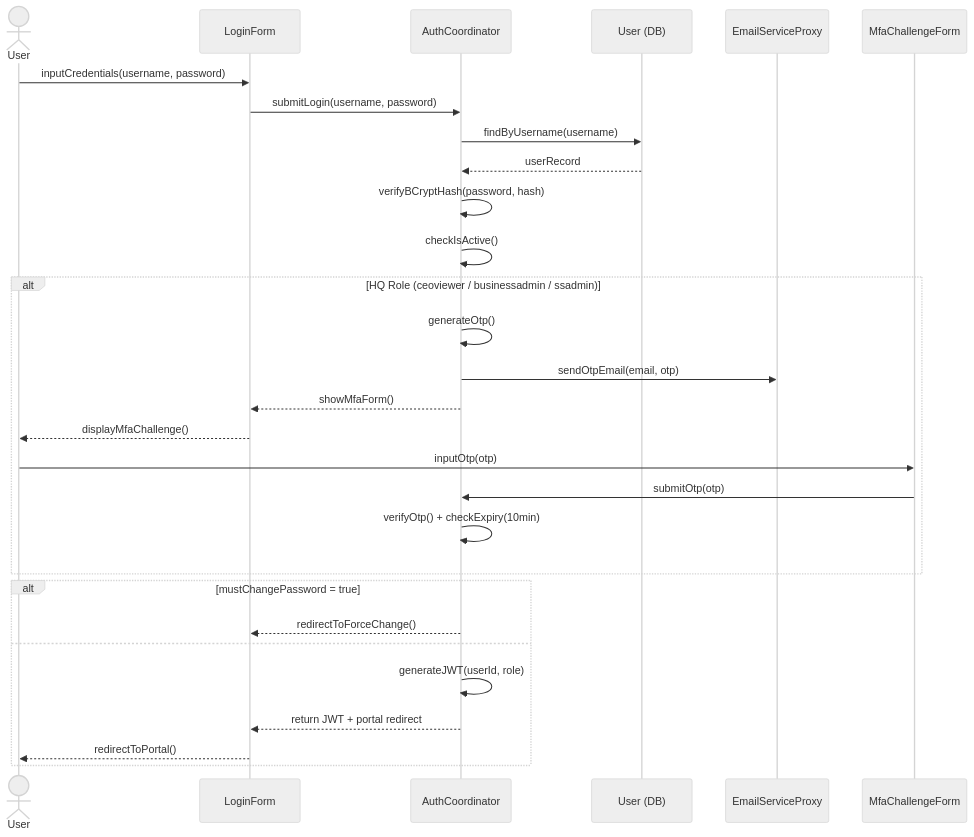
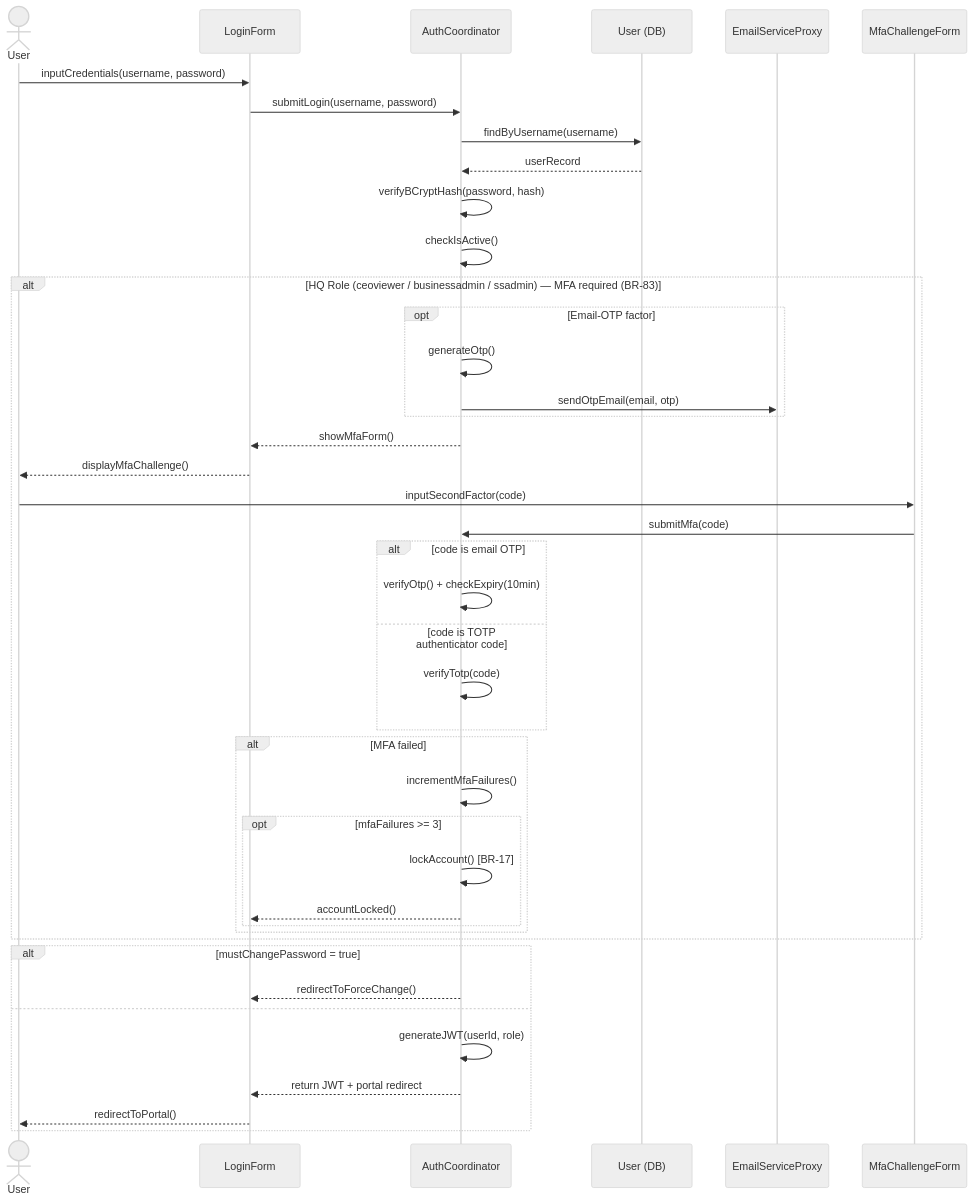
Before and after one commit to Shaichi/khoga_cafe: the second of 7 diagrams in docs/rds_sections/04_detailed_3_1_system_access_security.md, drawn with Mermaid (neutral theme). The commit also changed other lines of this file and 22 other files, not shown here.

First line of the commit message:
docs+feat: reconcile SRS<->RDS<->code, add CEOVIEWER role

````diff
--- a/docs/rds_sections/04_detailed_3_1_system_access_security.md
+++ b/docs/rds_sections/04_detailed_3_1_system_access_security.md
@@ -132,35 +133,49 @@
 ```mermaid
 sequenceDiagram
     actor User
     participant LoginForm
     participant AuthCoordinator
     participant UserDB as User (DB)
     participant EmailSvc as EmailServiceProxy
     participant MfaForm as MfaChallengeForm
 
     User->>LoginForm: inputCredentials(username, password)
     LoginForm->>AuthCoordinator: submitLogin(username, password)
     AuthCoordinator->>UserDB: findByUsername(username)
     UserDB-->>AuthCoordinator: userRecord
     AuthCoordinator->>AuthCoordinator: verifyBCryptHash(password, hash)
     AuthCoordinator->>AuthCoordinator: checkIsActive()
 
-    alt HQ Role (ceoviewer / businessadmin / ssadmin)
-        AuthCoordinator->>AuthCoordinator: generateOtp()
-        AuthCoordinator->>EmailSvc: sendOtpEmail(email, otp)
+    alt HQ Role (ceoviewer / businessadmin / ssadmin) — MFA required (BR-83)
+        opt Email-OTP factor
+            AuthCoordinator->>AuthCoordinator: generateOtp()
+            AuthCoordinator->>EmailSvc: sendOtpEmail(email, otp)
+        end
         AuthCoordinator-->>LoginForm: showMfaForm()
         LoginForm-->>User: displayMfaChallenge()
 
-        User->>MfaForm: inputOtp(otp)
-        MfaForm->>AuthCoordinator: submitOtp(otp)
-        AuthCoordinator->>AuthCoordinator: verifyOtp() + checkExpiry(10min)
+        User->>MfaForm: inputSecondFactor(code)
+        MfaForm->>AuthCoordinator: submitMfa(code)
+        alt code is email OTP
+            AuthCoordinator->>AuthCoordinator: verifyOtp() + checkExpiry(10min)
+        else code is TOTP authenticator code
+            AuthCoordinator->>AuthCoordinator: verifyTotp(code)
+        end
+
+        alt MFA failed
+            AuthCoordinator->>AuthCoordinator: incrementMfaFailures()
+            opt mfaFailures >= 3
+                AuthCoordinator->>AuthCoordinator: lockAccount() [BR-17]
+                AuthCoordinator-->>LoginForm: accountLocked()
+            end
+        end
     end
 
     alt mustChangePassword = true
         AuthCoordinator-->>LoginForm: redirectToForceChange()
     else
         AuthCoordinator->>AuthCoordinator: generateJWT(userId, role)
         AuthCoordinator-->>LoginForm: return JWT + portal redirect
         LoginForm-->>User: redirectToPortal()
     end
 ```
````
